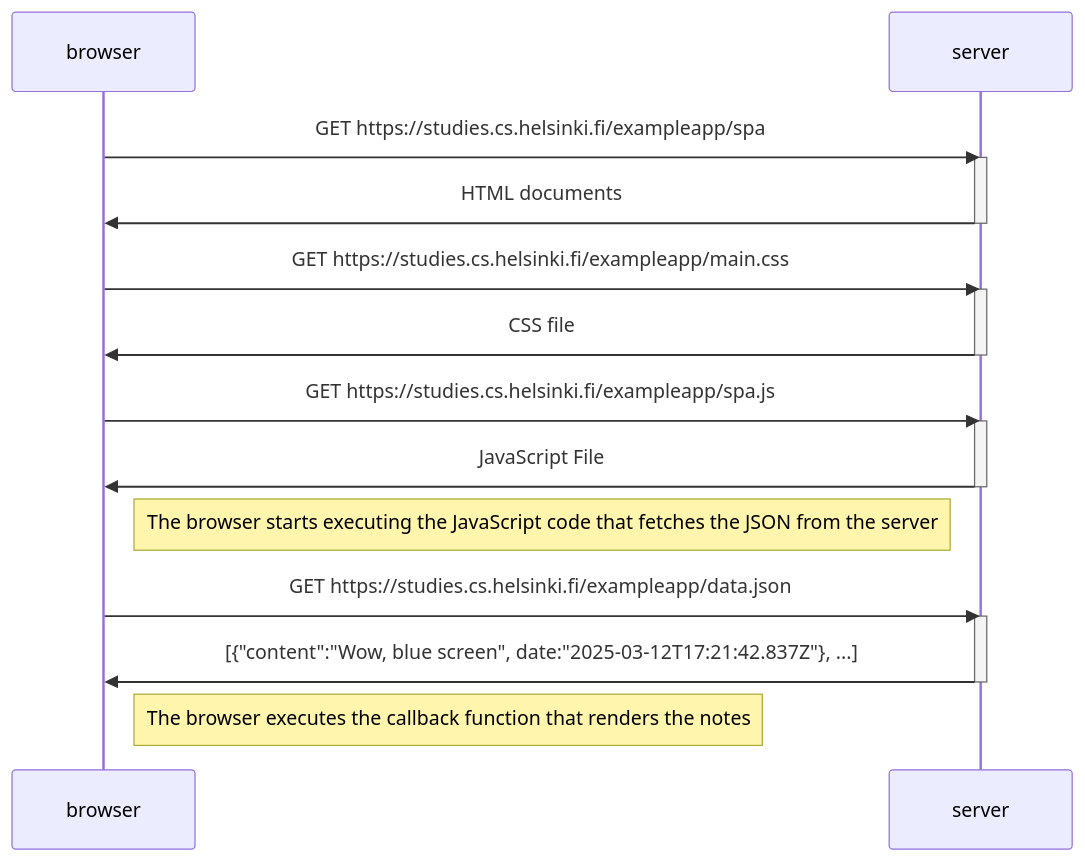
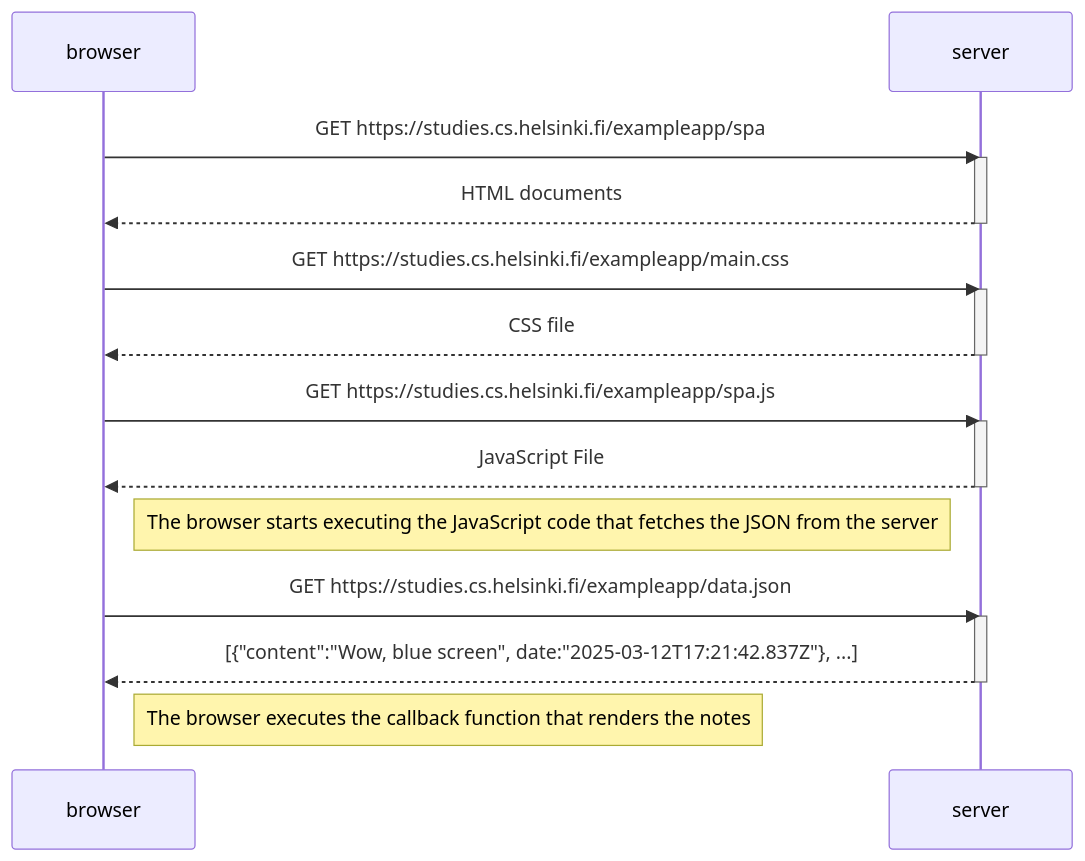
The diagram in part0/exercise0_5.md (Mateo-Coello/FullStackOpen), drawn with Mermaid before and after one commit. The commit also changed 2 other files, not shown here.

Commit message:
Exercises

````diff
--- a/part0/exercise0_5.md
+++ b/part0/exercise0_5.md
@@ -2,29 +2,29 @@
 ```mermaid
 sequenceDiagram
     participant browser
     participant server
 
     browser->>server: GET https://studies.cs.helsinki.fi/exampleapp/spa
     activate server
-    server->>browser: HTML documents
+    server-->>browser: HTML documents
     deactivate server
     
     browser->>server: GET https://studies.cs.helsinki.fi/exampleapp/main.css
     activate server   
-    server->>browser: CSS file
+    server-->>browser: CSS file
     deactivate server
 
     browser->>server: GET https://studies.cs.helsinki.fi/exampleapp/spa.js
     activate server   
-    server->>browser: JavaScript File
+    server-->>browser: JavaScript File
     deactivate server
 
     Note right of browser: The browser starts executing the JavaScript code that fetches the JSON from the server
     
     browser->>server: GET https://studies.cs.helsinki.fi/exampleapp/data.json
     activate server   
-    server->>browser: [{"content":"Wow, blue screen", date:"2025-03-12T17:21:42.837Z"}, ...]
+    server-->>browser: [{"content":"Wow, blue screen", date:"2025-03-12T17:21:42.837Z"}, ...]
     deactivate server
     
     Note right of browser: The browser executes the callback function that renders the notes
 ```
````
